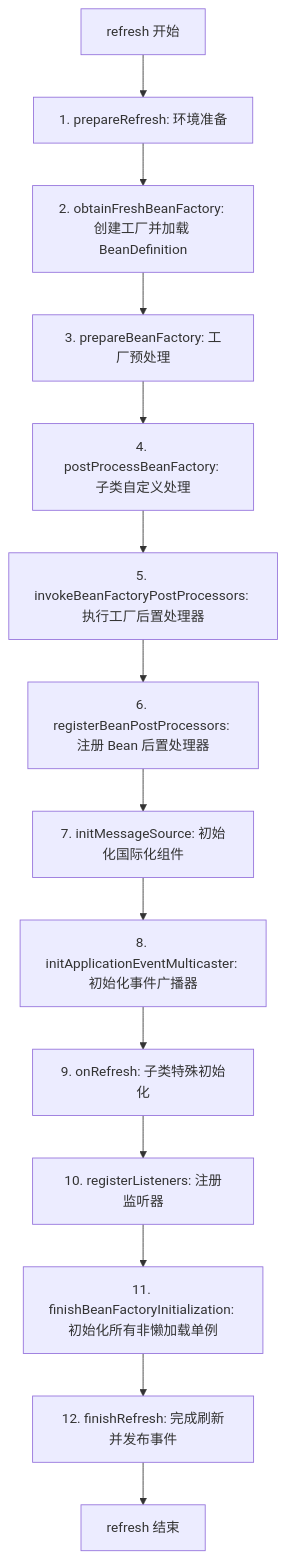
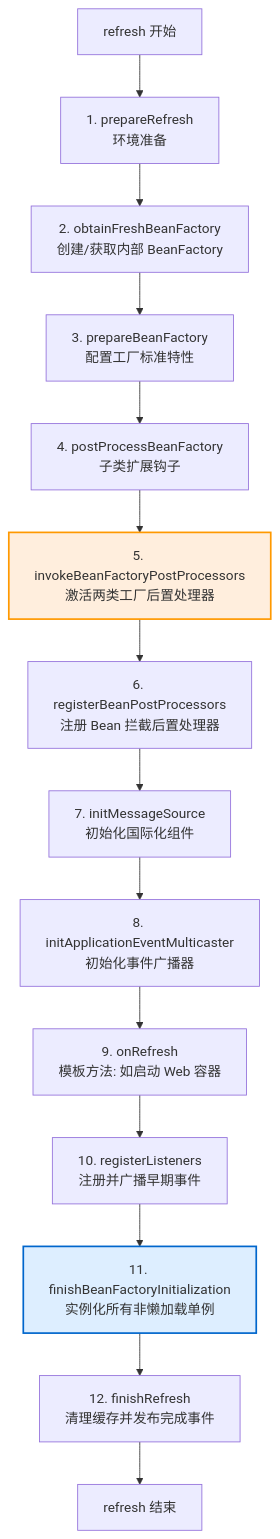
The first of 2 diagrams in docs/java/spring/spring-context-refresh.md (Aiden-Coding/AiDocs), drawn with Mermaid before and after one commit. The commit also changed other lines of this file and 11 other files, not shown here.

````diff
--- a/docs/java/spring/spring-context-refresh.md
+++ b/docs/java/spring/spring-context-refresh.md
@@ -15,16 +15,19 @@
 ```mermaid
 graph TD
-    Start[refresh 开始] --> P1[1. prepareRefresh: 环境准备]
-    P1 --> P2[2. obtainFreshBeanFactory: 创建工厂并加载 BeanDefinition]
-    P2 --> P3[3. prepareBeanFactory: 工厂预处理]
-    P3 --> P4[4. postProcessBeanFactory: 子类自定义处理]
-    P4 --> P5[5. invokeBeanFactoryPostProcessors: 执行工厂后置处理器]
-    P5 --> P6[6. registerBeanPostProcessors: 注册 Bean 后置处理器]
-    P6 --> P7[7. initMessageSource: 初始化国际化组件]
-    P7 --> P8[8. initApplicationEventMulticaster: 初始化事件广播器]
-    P8 --> P9[9. onRefresh: 子类特殊初始化]
-    P9 --> P10[10. registerListeners: 注册监听器]
-    P10 --> P11[11. finishBeanFactoryInitialization: 初始化所有非懒加载单例]
-    P11 --> P12[12. finishRefresh: 完成刷新并发布事件]
+    Start[refresh 开始] --> P1[1. prepareRefresh<br/>环境准备]
+    P1 --> P2[2. obtainFreshBeanFactory<br/>创建/获取内部 BeanFactory]
+    P2 --> P3[3. prepareBeanFactory<br/>配置工厂标准特性]
+    P3 --> P4[4. postProcessBeanFactory<br/>子类扩展钩子]
+    P4 --> P5[5. invokeBeanFactoryPostProcessors<br/>激活两类工厂后置处理器]
+    P5 --> P6[6. registerBeanPostProcessors<br/>注册 Bean 拦截后置处理器]
+    P6 --> P7[7. initMessageSource<br/>初始化国际化组件]
+    P7 --> P8[8. initApplicationEventMulticaster<br/>初始化事件广播器]
+    P8 --> P9[9. onRefresh<br/>模板方法: 如启动 Web 容器]
+    P9 --> P10[10. registerListeners<br/>注册并广播早期事件]
+    P10 --> P11[11. finishBeanFactoryInitialization<br/>实例化所有非懒加载单例]
+    P11 --> P12[12. finishRefresh<br/>清理缓存并发布完成事件]
     P12 --> End[refresh 结束]
+
+    style P5 fill:#ffeedd,stroke:#ff9900,stroke-width:2px
+    style P11 fill:#ddeeff,stroke:#0066cc,stroke-width:2px
 ```
````
